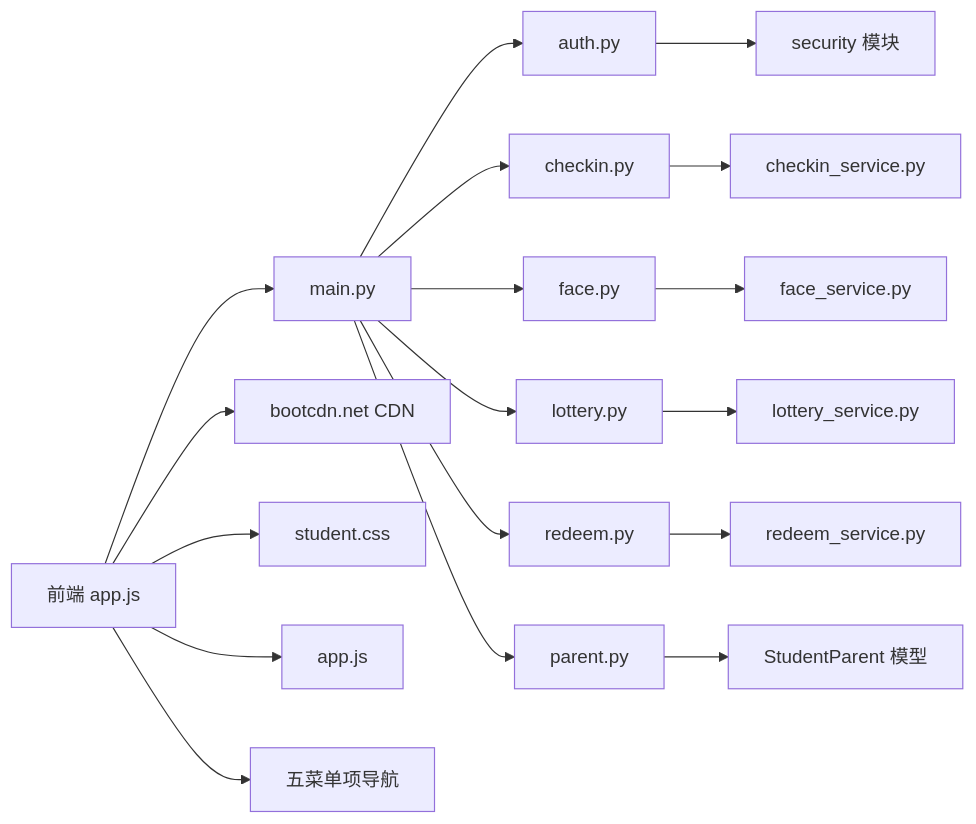
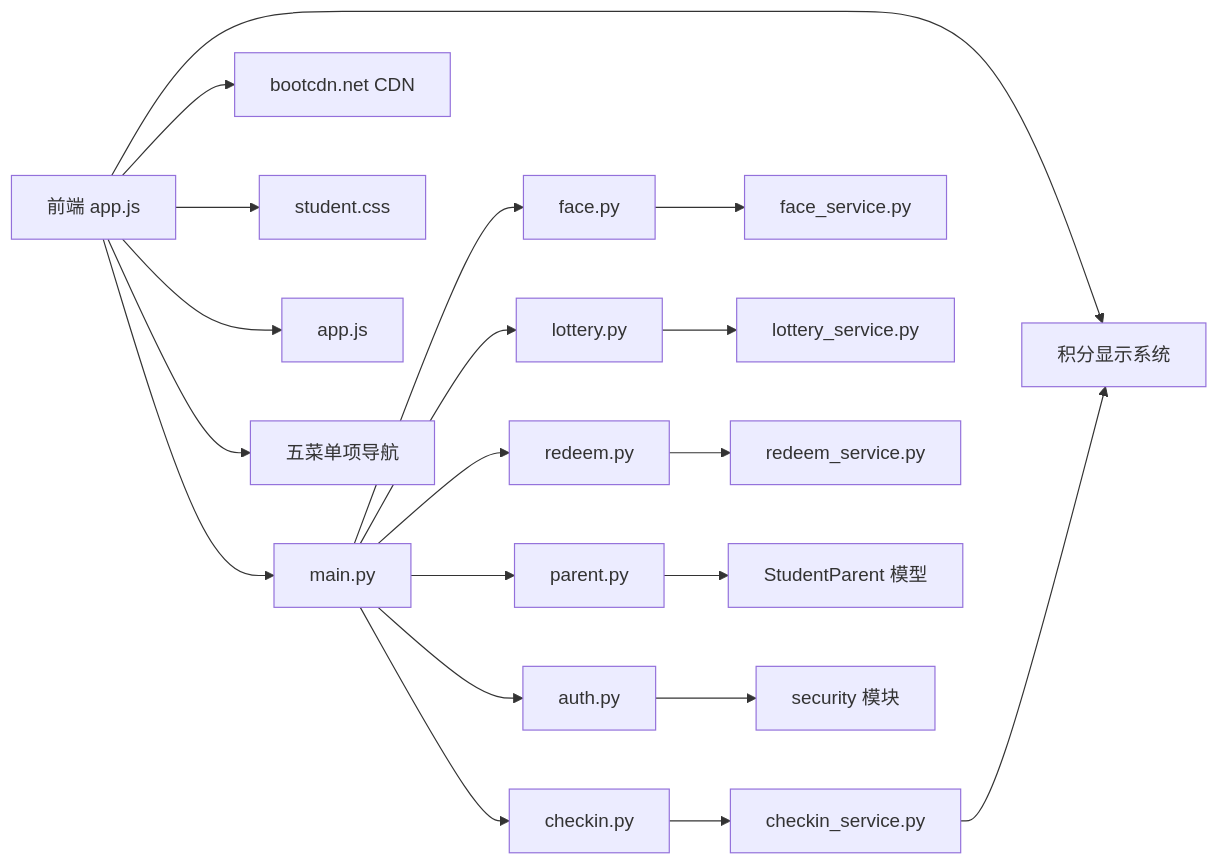
Before and after one commit to onebody/homework: diagram 15 of 15 in .qoder/repowiki/zh/content/暑假作业打卡系统/前端应用设计/学生端应用.md, drawn with Mermaid. The commit also changed other lines of this file and 16 other files, not shown here.

````diff
--- a/.qoder/repowiki/zh/content/暑假作业打卡系统/前端应用设计/学生端应用.md
+++ b/.qoder/repowiki/zh/content/暑假作业打卡系统/前端应用设计/学生端应用.md
@@ -697,20 +755,22 @@
 ```mermaid
 graph LR
 FE["前端 app.js"] --> MAIN["main.py"]
 MAIN --> AUTH["auth.py"]
 MAIN --> CK["checkin.py"]
 MAIN --> FC["face.py"]
 MAIN --> LT["lottery.py"]
 MAIN --> RD["redeem.py"]
 MAIN --> PT["parent.py"]
 CK --> CSVC["checkin_service.py"]
 FC --> FSVC["face_service.py"]
 LT --> LSVC["lottery_service.py"]
 RD --> RSVC["redeem_service.py"]
 PT --> SP["StudentParent 模型"]
 AUTH --> SEC["security 模块"]
 FE --> BOOTCDN["bootcdn.net CDN"]
 FE --> CSS["student.css"]
 FE --> JS["app.js"]
 FE --> NAV["五菜单项导航"]
+FE --> POINTS["积分显示系统"]
+CSVC --> POINTS
 ```
````
